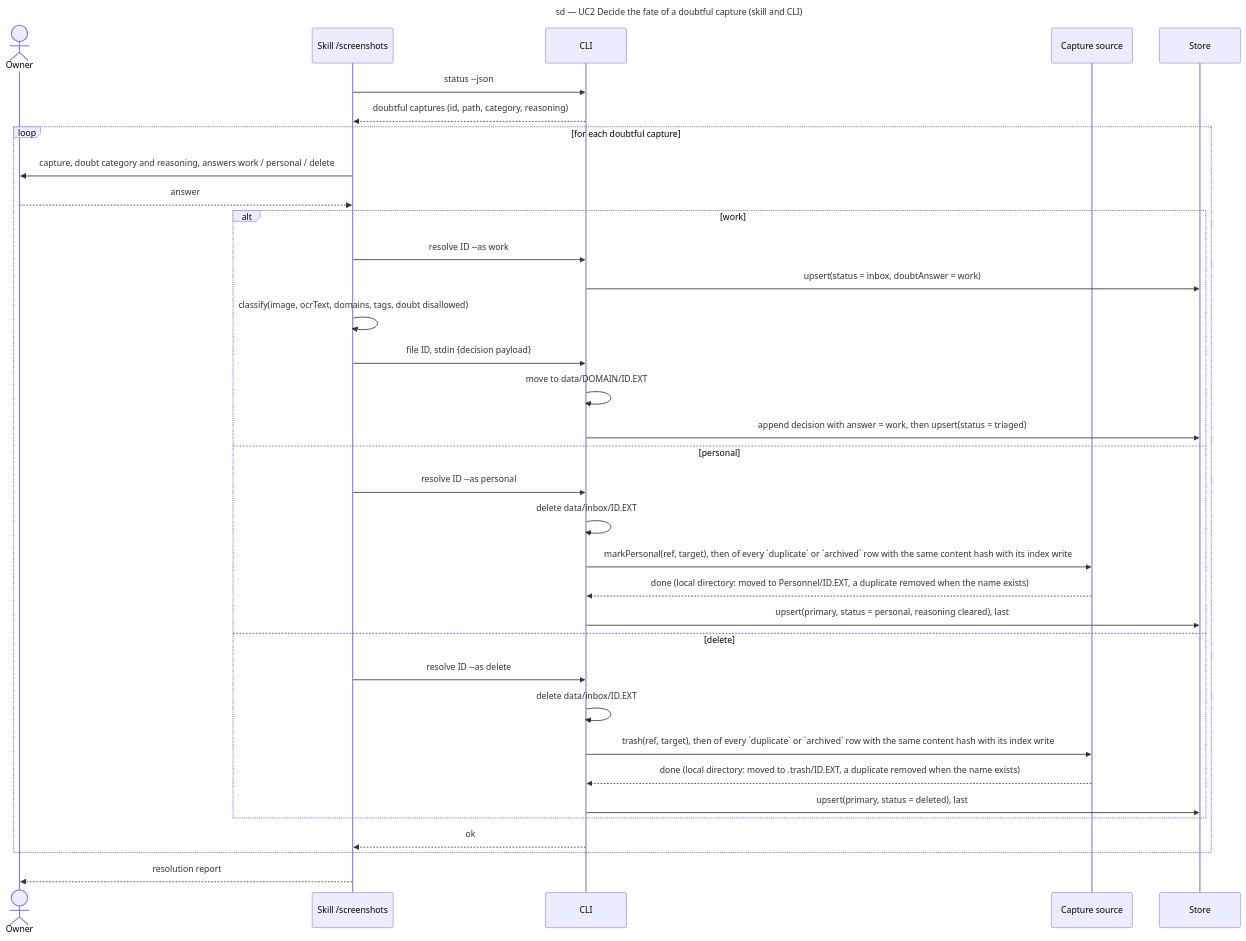
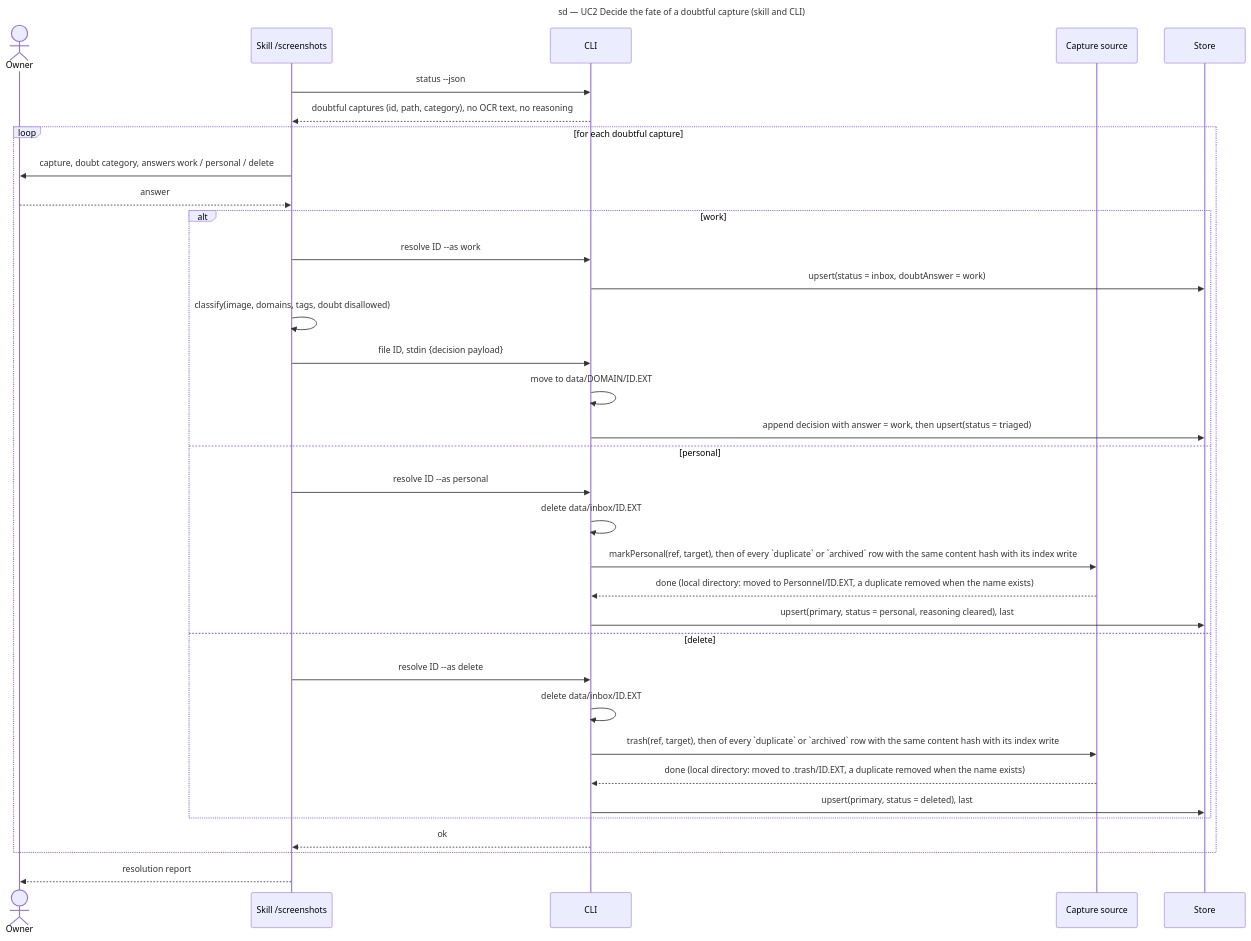
One commit to benoit-bremaud/screenshot-triage changed the diagram in docs/architecture/diagrams/triage/02-sequence-resolve-doubt.md. Above: the diagram before and after it, drawn with Mermaid. The commit also changed other lines of this file and 6 other files, not shown here.

First line of the commit message:
fix(status): keep ocrText and reasoning of doubtful captures out of status (#28)

````diff
--- a/docs/architecture/diagrams/triage/02-sequence-resolve-doubt.md
+++ b/docs/architecture/diagrams/triage/02-sequence-resolve-doubt.md
@@ -14,37 +14,37 @@
 ```mermaid
 sequenceDiagram
   title sd — UC2 Decide the fate of a doubtful capture (skill and CLI)
   actor Owner
   participant Skill as Skill /screenshots
   participant CLI as CLI
   participant Source as Capture source
   participant Store as Store
   Skill->>CLI: status --json
-  CLI-->>Skill: doubtful captures (id, path, category, reasoning)
+  CLI-->>Skill: doubtful captures (id, path, category), no OCR text, no reasoning
   loop for each doubtful capture
-    Skill->>Owner: capture, doubt category and reasoning, answers work / personal / delete
+    Skill->>Owner: capture, doubt category, answers work / personal / delete
     Owner-->>Skill: answer
     alt work
       Skill->>CLI: resolve ID --as work
       CLI->>Store: upsert(status = inbox, doubtAnswer = work)
-      Skill->>Skill: classify(image, ocrText, domains, tags, doubt disallowed)
+      Skill->>Skill: classify(image, domains, tags, doubt disallowed)
       Skill->>CLI: file ID, stdin {decision payload}
       CLI->>CLI: move to data/DOMAIN/ID.EXT
       CLI->>Store: append decision with answer = work, then upsert(status = triaged)
     else personal
       Skill->>CLI: resolve ID --as personal
       CLI->>CLI: delete data/inbox/ID.EXT
       CLI->>Source: markPersonal(ref, target), then of every `duplicate` or `archived` row with the same content hash with its index write
       Source-->>CLI: done (local directory: moved to Personnel/ID.EXT, a duplicate removed when the name exists)
       CLI->>Store: upsert(primary, status = personal, reasoning cleared), last
     else delete
       Skill->>CLI: resolve ID --as delete
       CLI->>CLI: delete data/inbox/ID.EXT
       CLI->>Source: trash(ref, target), then of every `duplicate` or `archived` row with the same content hash with its index write
       Source-->>CLI: done (local directory: moved to .trash/ID.EXT, a duplicate removed when the name exists)
       CLI->>Store: upsert(primary, status = deleted), last
     end
     CLI-->>Skill: ok
   end
   Skill-->>Owner: resolution report
 ```
````
